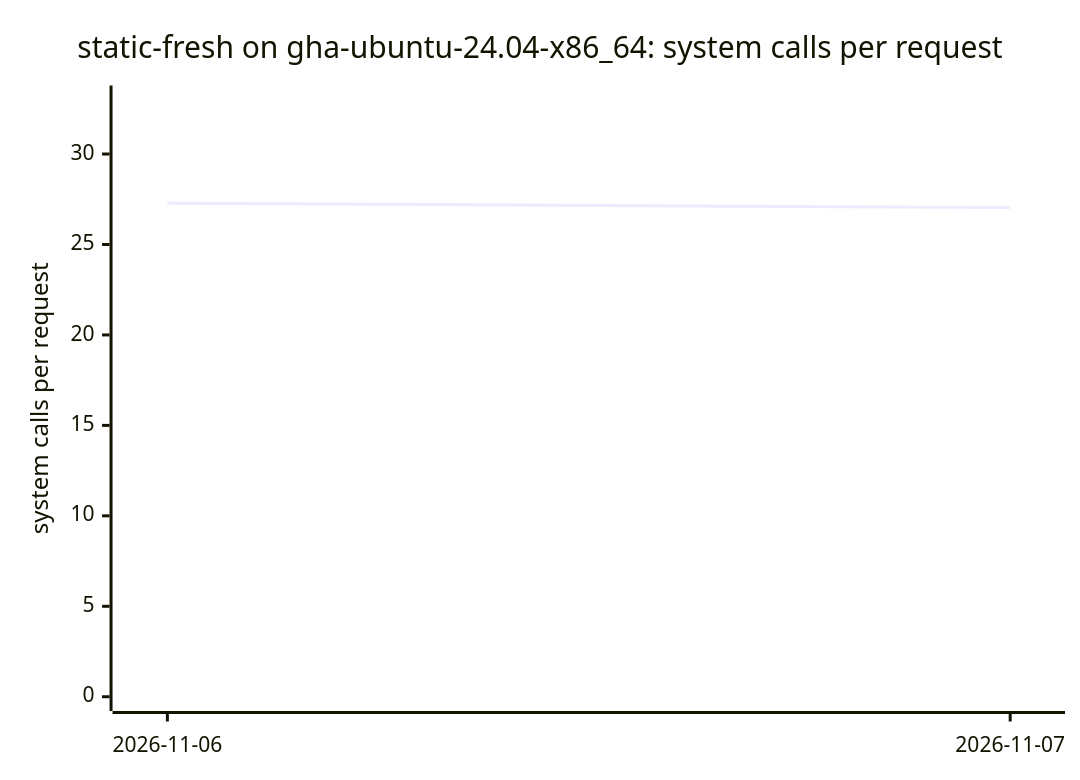
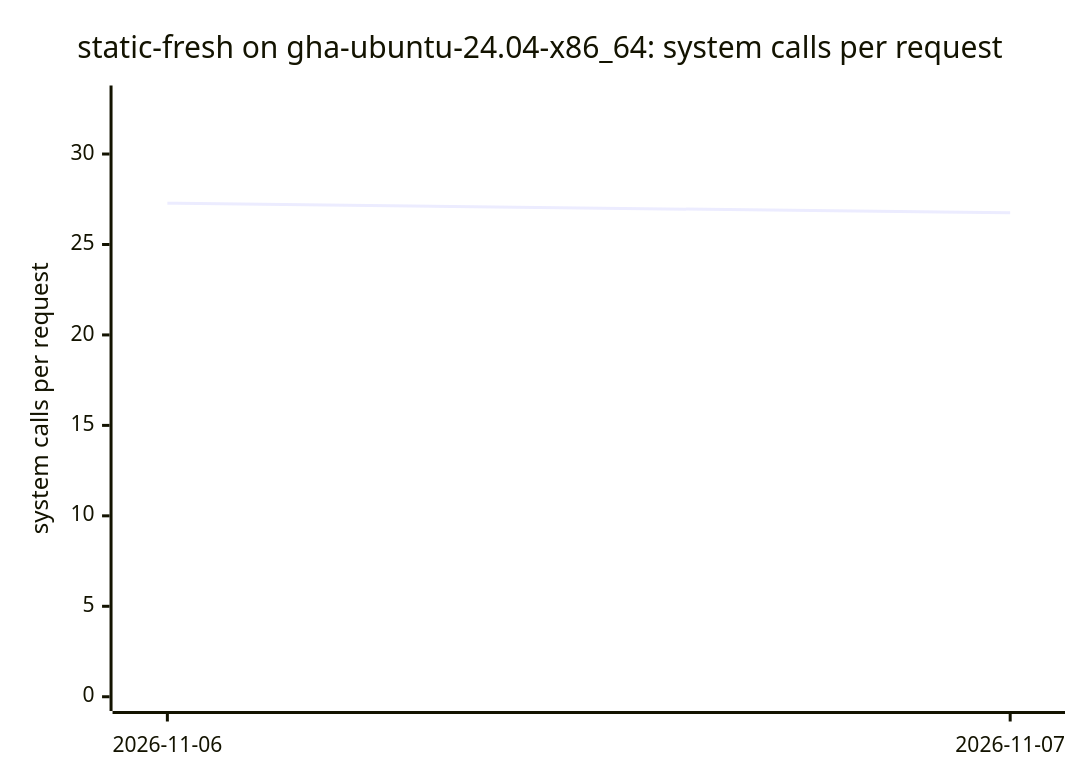
Diagram 11 of 16 in BENCHMARKS.md (ThePixelPilgrim/durchlauferhitzer), drawn with Mermaid before and after one commit. The commit also changed other lines of this file and 1 other file, not shown here.

````diff
--- a/BENCHMARKS.md
+++ b/BENCHMARKS.md
@@ -116,7 +127,7 @@
 ```mermaid
 xychart-beta
   title "static-fresh on gha-ubuntu-24.04-x86_64: system calls per request"
   x-axis ["2026-11-06", "2026-11-07"]
   y-axis "system calls per request" 0 --> 33
-  line [27.28, 27.04]
+  line [27.28, 26.75]
 ```
````
